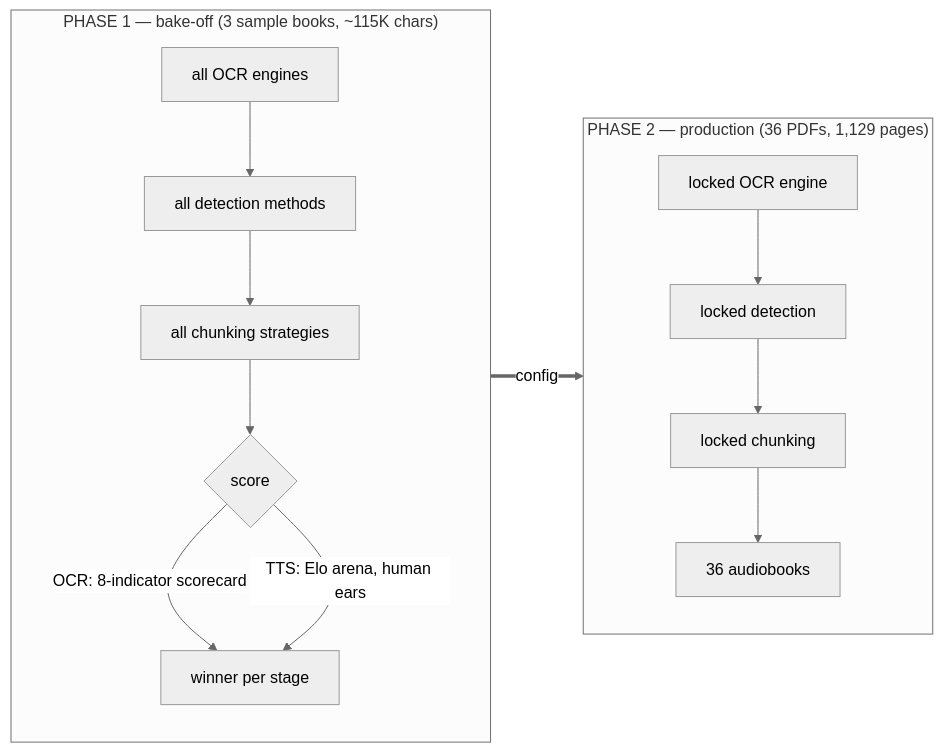
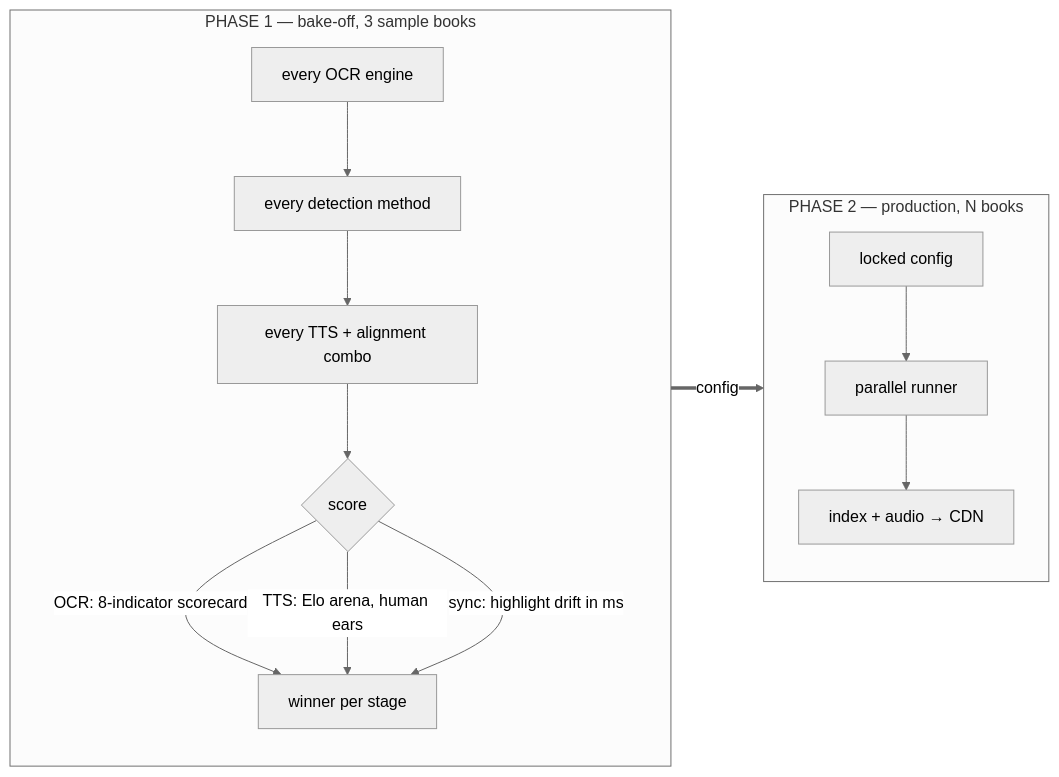
Before and after one commit to Ahmed-ElZainy-RSI/Odio: the third of 3 diagrams in README.md, drawn with Mermaid (neutral theme). The commit also changed other lines of this file and 1 other file, not shown here.

````diff
--- a/README.md
+++ b/README.md
@@ -67,17 +215,18 @@
 ```mermaid
 flowchart LR
-    subgraph P1["PHASE 1 — bake-off (3 sample books, ~115K chars)"]
+    subgraph P1["PHASE 1 — bake-off, 3 sample books"]
         direction TB
-        A1["all OCR engines"] --> A2["all detection methods"]
-        A2 --> A3["all chunking strategies"]
+        A1["every OCR engine"] --> A2["every detection method"]
+        A2 --> A3["every TTS + alignment combo"]
         A3 --> A4{"score"}
         A4 -->|"OCR: 8-indicator scorecard"| A5["winner per stage"]
         A4 -->|"TTS: Elo arena, human ears"| A5
+        A4 -->|"sync: highlight drift in ms"| A5
     end
-    subgraph P2["PHASE 2 — production (36 PDFs, 1,129 pages)"]
+    subgraph P2["PHASE 2 — production, N books"]
         direction TB
-        B1["locked OCR engine"] --> B2["locked detection"]
-        B2 --> B3["locked chunking"] --> B4["36 audiobooks"]
+        B1["locked config"] --> B2["parallel runner"]
+        B2 --> B3["index + audio → CDN"]
     end
     A5 ==>|"config"| B1
 ```
````
